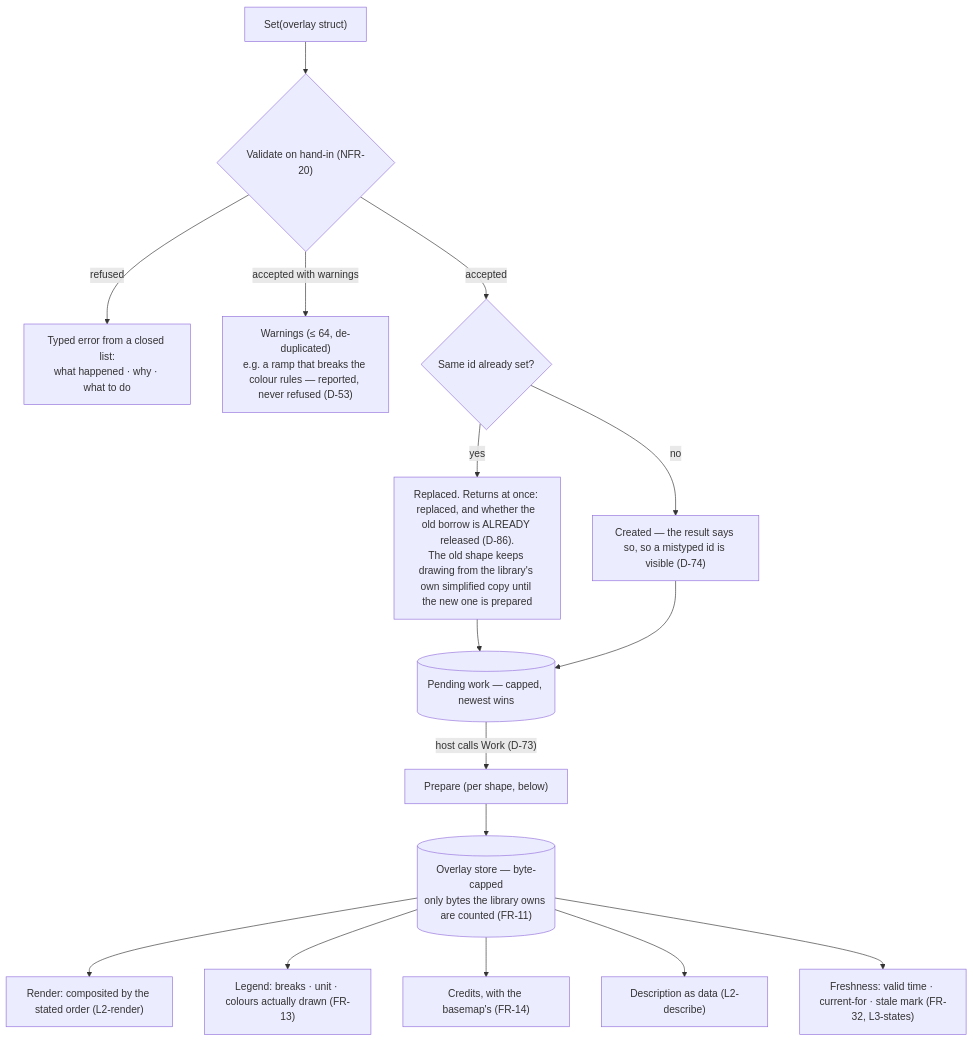
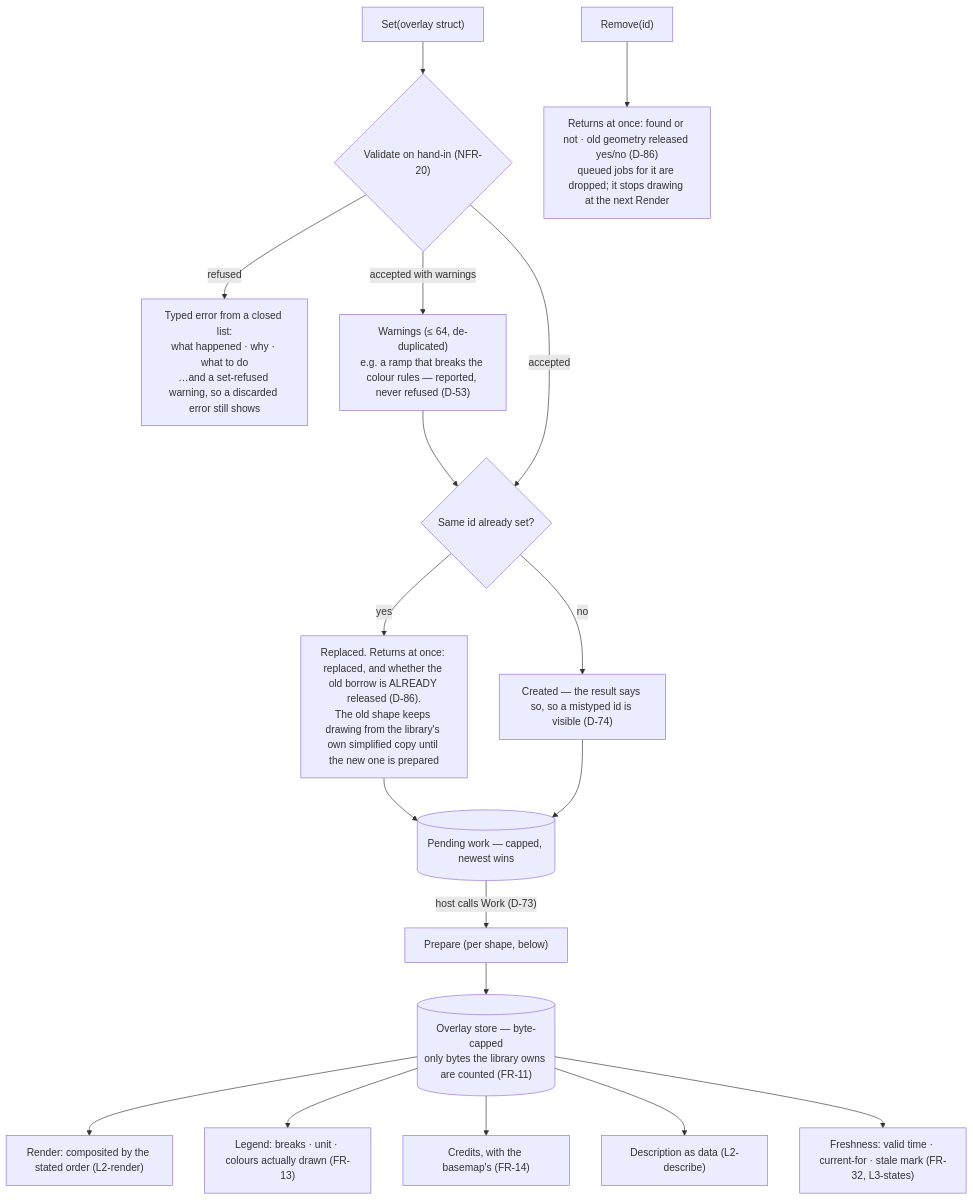
One commit to branden-thompson/go-tuimaps changed the first of 3 diagrams in 06_docs/02_features/go-tuimaps/03-architecture-design/L2-overlays.md. Above: the diagram before and after it, drawn with Mermaid. The commit also changed other lines of this file and 17 other files, not shown here.

First line of the commit message:
docs(plan): eight missing diagrams drawn; six contradictions between diagrams removed; the index completed

````diff
--- a/06_docs/02_features/go-tuimaps/03-architecture-design/L2-overlays.md
+++ b/06_docs/02_features/go-tuimaps/03-architecture-design/L2-overlays.md
@@ -9,18 +9,20 @@
 ```mermaid
 flowchart TB
     SET["Set(overlay struct)"] --> VAL{"Validate on hand-in (NFR-20)"}
-    VAL -- "refused" --> ERR["Typed error from a closed list:<br/>what happened · why · what to do"]
+    VAL -- "refused" --> ERR["Typed error from a closed list:<br/>what happened · why · what to do<br/>…and a set-refused warning, so a discarded error still shows"]
     VAL -- "accepted with warnings" --> WARN["Warnings (≤ 64, de-duplicated)<br/>e.g. a ramp that breaks the colour rules — reported, never refused (D-53)"]
+    WARN --> REPL
+    RM["Remove(id)"] --> RMR["Returns at once: found or not · old geometry released yes/no (D-86)<br/>queued jobs for it are dropped; it stops drawing at the next Render"]
     VAL -- "accepted" --> REPL{"Same id already set?"}
     REPL -- yes --> OLD["Replaced. Returns at once: replaced, and whether the old borrow is ALREADY released (D-86).<br/>The old shape keeps drawing from the library's own simplified copy until the new one is prepared"]
     REPL -- no --> NEW["Created — the result says so, so a mistyped id is visible (D-74)"]
     OLD --> Q
     NEW --> Q
     Q[("Pending work — capped, newest wins")] -- "host calls Work (D-73)" --> PREP["Prepare (per shape, below)"]
     PREP --> STORE[("Overlay store — byte-capped<br/>only bytes the library owns are counted (FR-11)")]
     STORE --> DRAW["Render: composited by the stated order (L2-render)"]
     STORE --> LEG["Legend: breaks · unit · colours actually drawn (FR-13)"]
     STORE --> CRED["Credits, with the basemap's (FR-14)"]
     STORE --> DESC["Description as data (L2-describe)"]
     STORE --> FRESH["Freshness: valid time · current-for · stale mark (FR-32, L3-states)"]
 ```
````
